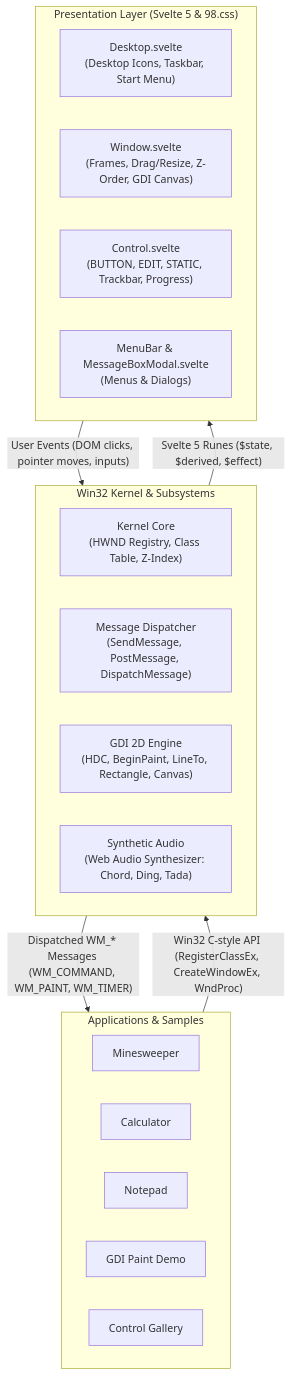
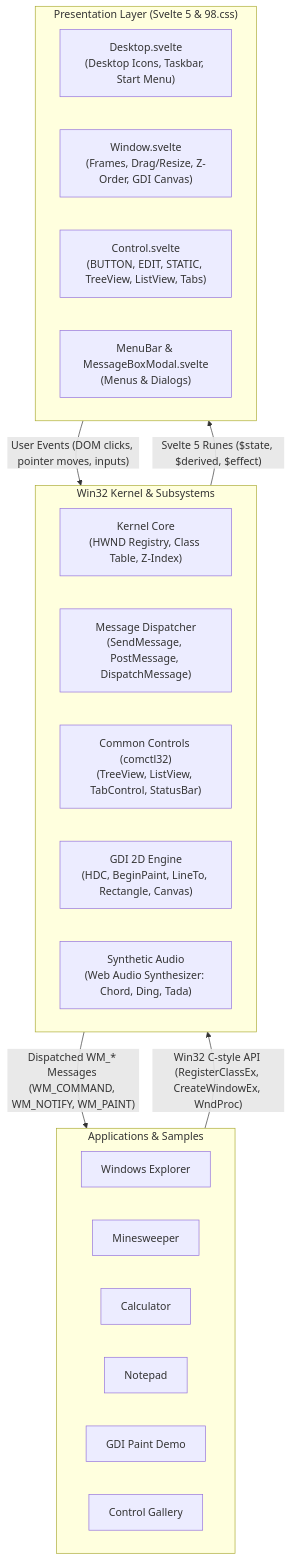
The diagram in README.md (net-pilgrim/win32-svelte), drawn with Mermaid before and after one commit. The commit also changed other lines of this file and 8 other files, not shown here.

Commit message:
feat: add comctl32 common controls (TreeView, ListView, TabControl, StatusBar) and Windows Explorer sample

````diff
--- a/README.md
+++ b/README.md
@@ -101,29 +101,31 @@
 ```mermaid
 flowchart TD
     subgraph Apps["Applications & Samples"]
+        Explorer["Windows Explorer"]
         Minesweeper["Minesweeper"]
         Calculator["Calculator"]
         Notepad["Notepad"]
         PaintDemo["GDI Paint Demo"]
         ControlGallery["Control Gallery"]
     end
 
     subgraph KernelSubsystem["Win32 Kernel & Subsystems"]
         KernelCore["Kernel Core<br/>(HWND Registry, Class Table, Z-Index)"]
         MsgPump["Message Dispatcher<br/>(SendMessage, PostMessage, DispatchMessage)"]
+        ComCtl32["Common Controls (comctl32)<br/>(TreeView, ListView, TabControl, StatusBar)"]
         GDI["GDI 2D Engine<br/>(HDC, BeginPaint, LineTo, Rectangle, Canvas)"]
         Audio["Synthetic Audio<br/>(Web Audio Synthesizer: Chord, Ding, Tada)"]
     end
 
     subgraph Presentation["Presentation Layer (Svelte 5 & 98.css)"]
         Desktop["Desktop.svelte<br/>(Desktop Icons, Taskbar, Start Menu)"]
         Window["Window.svelte<br/>(Frames, Drag/Resize, Z-Order, GDI Canvas)"]
-        Control["Control.svelte<br/>(BUTTON, EDIT, STATIC, Trackbar, Progress)"]
+        Control["Control.svelte<br/>(BUTTON, EDIT, STATIC, TreeView, ListView, Tabs)"]
         Modals["MenuBar & MessageBoxModal.svelte<br/>(Menus & Dialogs)"]
     end
 
     Apps -->|"Win32 C-style API (RegisterClassEx, CreateWindowEx, WndProc)"| KernelSubsystem
     KernelSubsystem -->|"Svelte 5 Runes ($state, $derived, $effect)"| Presentation
     Presentation -->|"User Events (DOM clicks, pointer moves, inputs)"| KernelSubsystem
-    KernelSubsystem -->|"Dispatched WM_* Messages (WM_COMMAND, WM_PAINT, WM_TIMER)"| Apps
+    KernelSubsystem -->|"Dispatched WM_* Messages (WM_COMMAND, WM_NOTIFY, WM_PAINT)"| Apps
 ```
````
